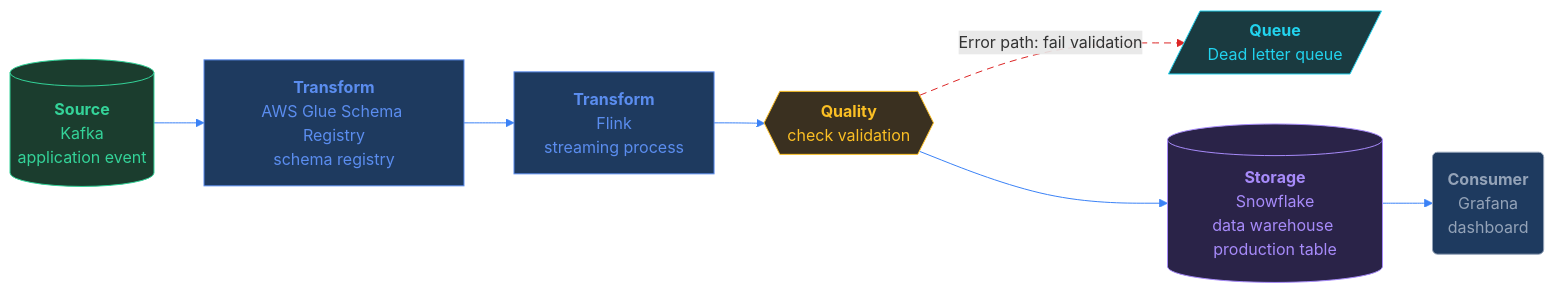
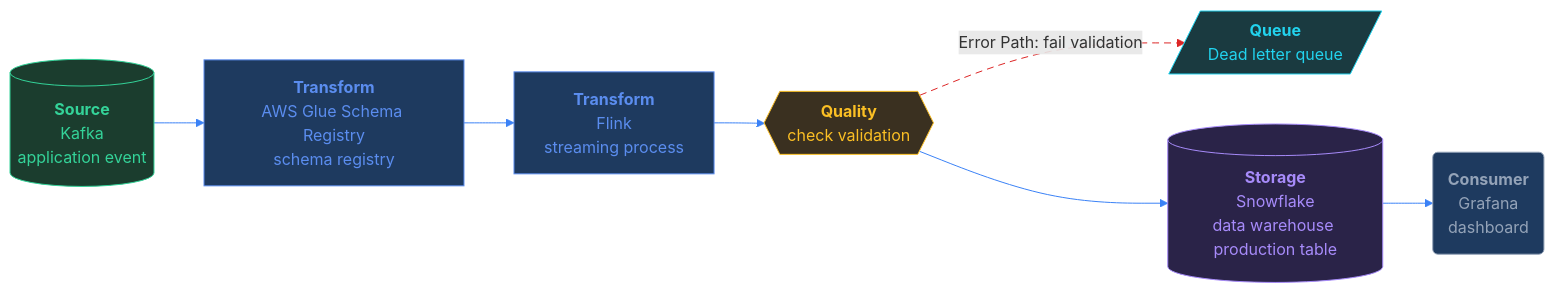
Before and after one commit to Khangtran94/datadriven-practice: the diagram in practice/pipeline_architecture/the-bad-row-that-broke-the-dashboard/README.md, drawn with Mermaid.

Commit message:
Solve the-bad-row-that-broke-the-dashboard

````diff
--- a/practice/pipeline_architecture/the-bad-row-that-broke-the-dashboard/README.md
+++ b/practice/pipeline_architecture/the-bad-row-that-broke-the-dashboard/README.md
@@ -19,34 +19,34 @@
 ```mermaid
 flowchart LR
     n1[("<b>Source</b><br/>Kafka<br/>application event")]
     n2["<b>Transform</b><br/>Flink<br/>streaming process"]
     n3{{"<b>Quality</b><br/>check validation"}}
     n4[/"<b>Queue</b><br/>Dead letter queue"/]
     n5[("<b>Storage</b><br/>Snowflake<br/>data warehouse production table")]
     n6("<b>Consumer</b><br/>Grafana<br/>dashboard")
     n7["<b>Transform</b><br/>AWS Glue Schema Registry<br/>schema registry"]
     n2 --> n3
-    n3 -.->|"Error path: fail validation"| n4
+    n3 -.->|"Error Path: fail validation"| n4
     n3 --> n5
     n5 --> n6
     n1 --> n7
     n7 --> n2
     classDef source fill:#1B3D2E,stroke:#34D399,color:#34D399
     classDef transform fill:#1E3A5F,stroke:#5B8DEF,color:#5B8DEF
     classDef storage fill:#2A2348,stroke:#A78BFA,color:#A78BFA
     classDef quality_gate fill:#3A3020,stroke:#FBBF24,color:#FBBF24
     classDef consumer fill:#1E3A5F,stroke:#94A3B8,color:#94A3B8
     classDef queue fill:#1A3A40,stroke:#22D3EE,color:#22D3EE
     class n1 source
     class n2,n7 transform
     class n5 storage
     class n3 quality_gate
     class n6 consumer
     class n4 queue
     linkStyle 0 stroke:#3B82F6
     linkStyle 1 stroke:#DC2626,stroke-dasharray:7 5
     linkStyle 2 stroke:#3B82F6
     linkStyle 3 stroke:#3B82F6
     linkStyle 4 stroke:#3B82F6
     linkStyle 5 stroke:#3B82F6
 ```
````
